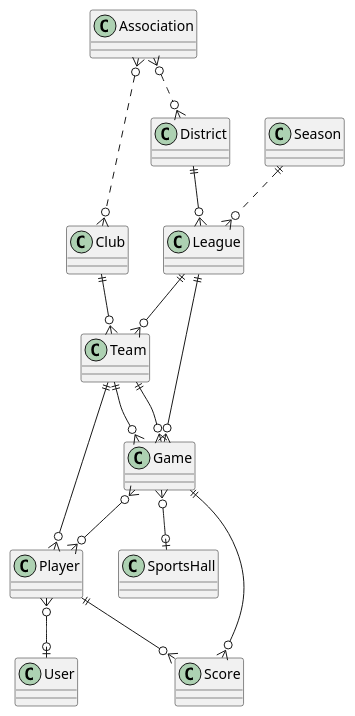
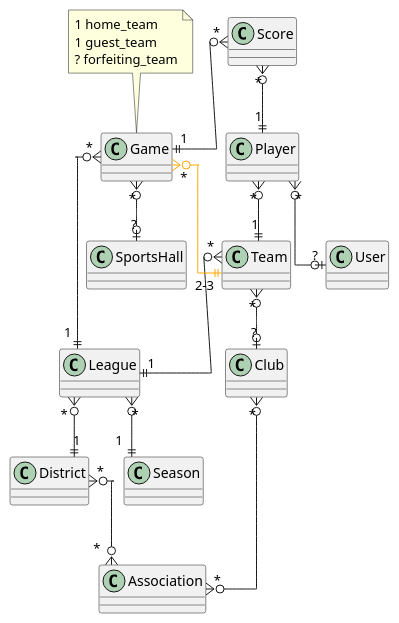
Before and after one commit to djbrown/hbscorez: the diagram in domain_model.puml, drawn with PlantUML.

Commit message:
update domain model diagram

```diff
--- a/domain_model.puml
+++ b/domain_model.puml
@@ -1,17 +1,23 @@
 @startuml
-Association }o..o{ Club
-Association }o..o{ District
-Club ||--o{ Team
-District ||--o{ League
-Season ||..o{ League
-League ||--o{ Team
-League ||--o{ Game
-Team ||--o{ Game
-Team ||--o{ Game
-Team ||--o{ Player
-Game }o--o| SportsHall
-Game }o--o{ Player
-Game ||--o{ Score
-Player ||--o{ Score
-Player }o--o| User
+    skinparam linetype ortho
+
+    Club      "*"  }o--o{  "*"    Association
+    District  "*"  }o--o{  "*"    Association
+    League    "*"  }o--||  "1"    District
+    League    "*"  }o--||  "1"    Season
+    Team      "*"  }o--o|  "?"    Club
+    Team      "*"  }o--||  "1"    League
+    Game      "*"  }o--||  "1"    League
+    Game      "*"  }o--o|  "?"    SportsHall
+    Game      "*"  }o--||  "2-3"  Team #orange
+    Player    "*"  }o--o|  "?"    User
+    Player    "*"  }o--||  "1"    Team
+    Score     "*"  }o--||  "1"    Player
+    Score     "*"  }o--||  "1"    Game
+
+    note top of Game
+      1 home_team
+      1 guest_team
+      ? forfeiting_team
+    end note
 @enduml
```
